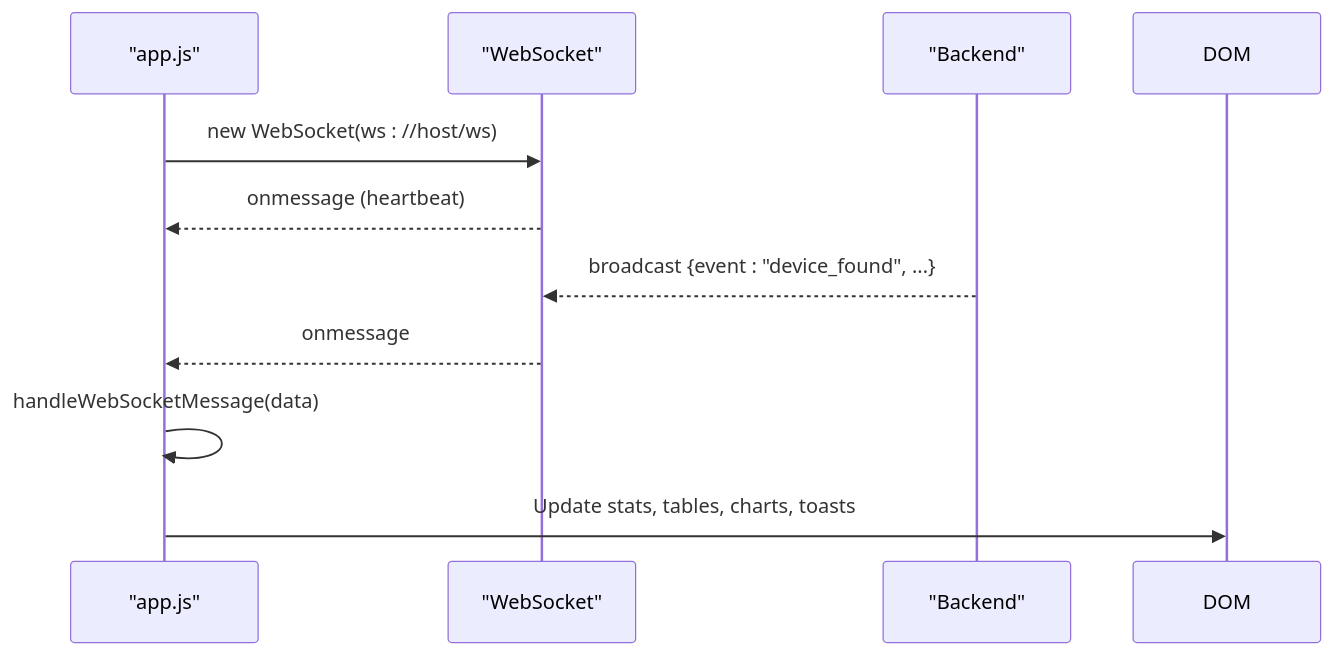
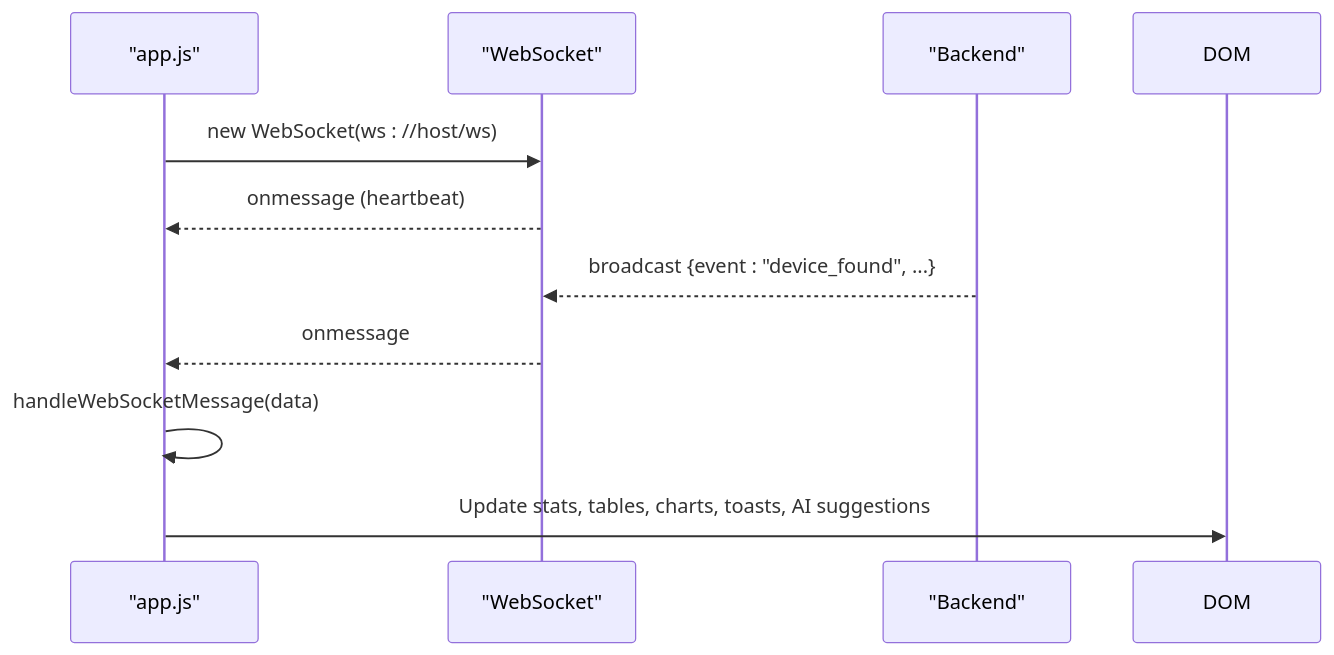
The fifth of 11 diagrams in .qoder/repowiki/en/content/Frontend Dashboard.md (MohandWaleed3/PentexOne), drawn with Mermaid before and after one commit. The commit also changed other lines of this file and 16 other files, not shown here.

````diff
--- a/.qoder/repowiki/en/content/Frontend Dashboard.md
+++ b/.qoder/repowiki/en/content/Frontend Dashboard.md
@@ -172,12 +203,12 @@
 ```mermaid
 sequenceDiagram
 participant JS as "app.js"
 participant WS as "WebSocket"
 participant BE as "Backend"
 JS->>WS : new WebSocket(ws : //host/ws)
 WS-->>JS : onmessage (heartbeat)
 BE-->>WS : broadcast {event : "device_found", ...}
 WS-->>JS : onmessage
 JS->>JS : handleWebSocketMessage(data)
-JS->>DOM : Update stats, tables, charts, toasts
+JS->>DOM : Update stats, tables, charts, toasts, AI suggestions
 ```
````
